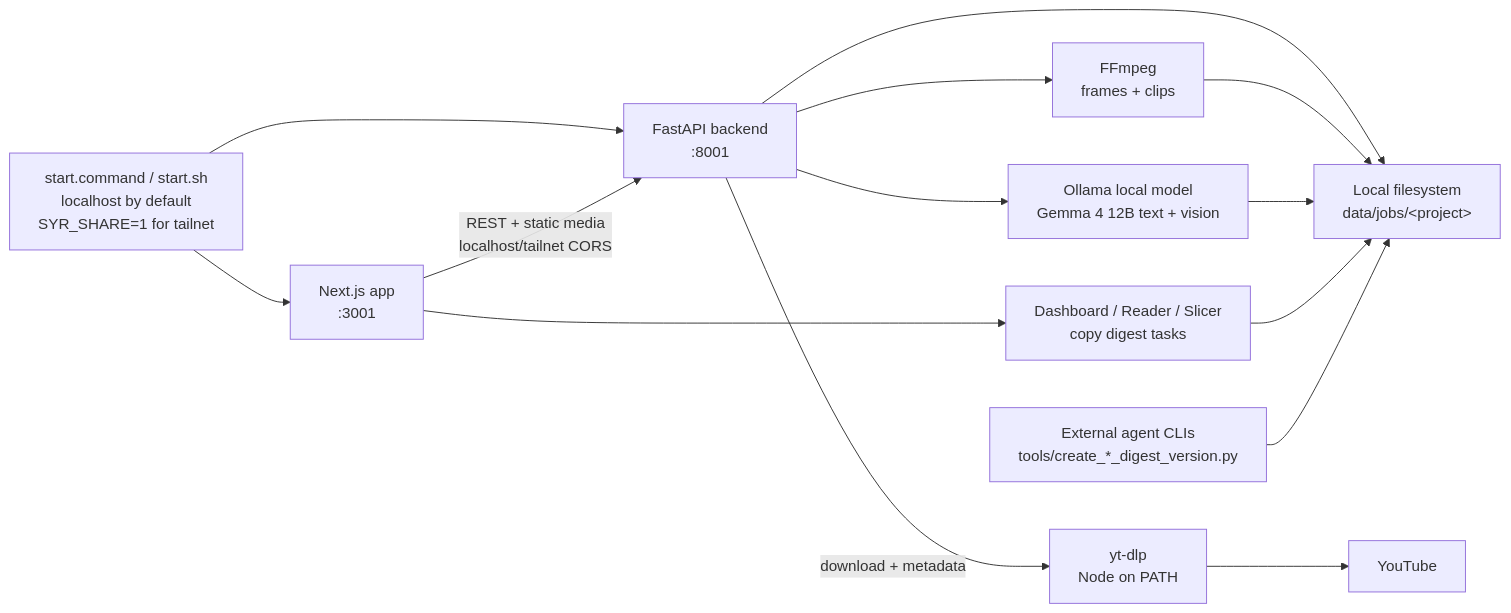
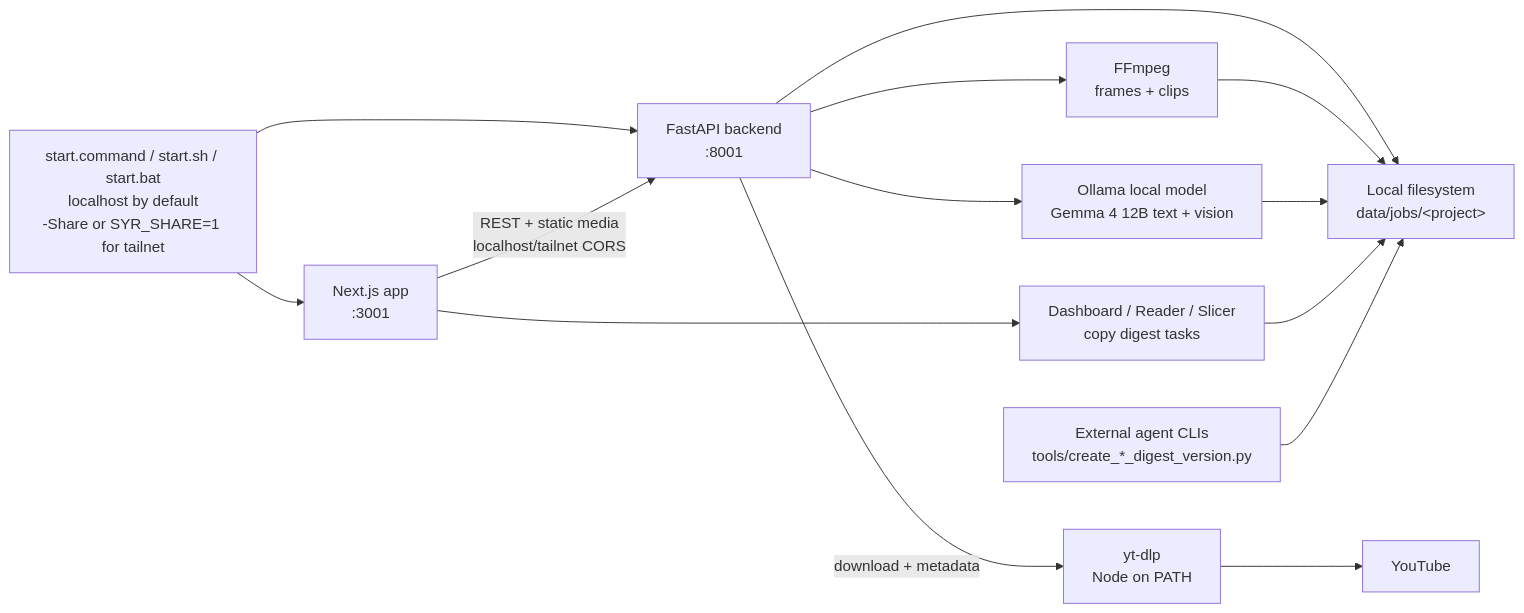
Before and after one commit to ehukaimedia/smart-youtube-reader: the diagram in README.md, drawn with Mermaid. The commit also changed other lines of this file and 11 other files, not shown here.

````diff
--- a/README.md
+++ b/README.md
@@ -43,16 +43,16 @@
 ```mermaid
 flowchart LR
-    Launch["start.command / start.sh<br/>localhost by default<br/>SYR_SHARE=1 for tailnet"] --> FE["Next.js app<br/>:3001"]
+    Launch["start.command / start.sh / start.bat<br/>localhost by default<br/>-Share or SYR_SHARE=1 for tailnet"] --> FE["Next.js app<br/>:3001"]
     Launch --> API["FastAPI backend<br/>:8001"]
     FE -->|"REST + static media<br/>localhost/tailnet CORS"| API
     API --> Jobs["Local filesystem<br/>data/jobs/&lt;project&gt;"]
     API -->|"download + metadata"| YTDLP["yt-dlp<br/>Node on PATH"]
     YTDLP --> YouTube["YouTube"]
     API --> FFmpeg["FFmpeg<br/>frames + clips"]
     FFmpeg --> Jobs
     API --> Ollama["Ollama local model<br/>Gemma 4 12B text + vision"]
     Ollama --> Jobs
     FE --> Reader["Dashboard / Reader / Slicer<br/>copy digest tasks"]
     Reader --> Jobs
     Tools["External agent CLIs<br/>tools/create_*_digest_version.py"] --> Jobs
 ```
````
